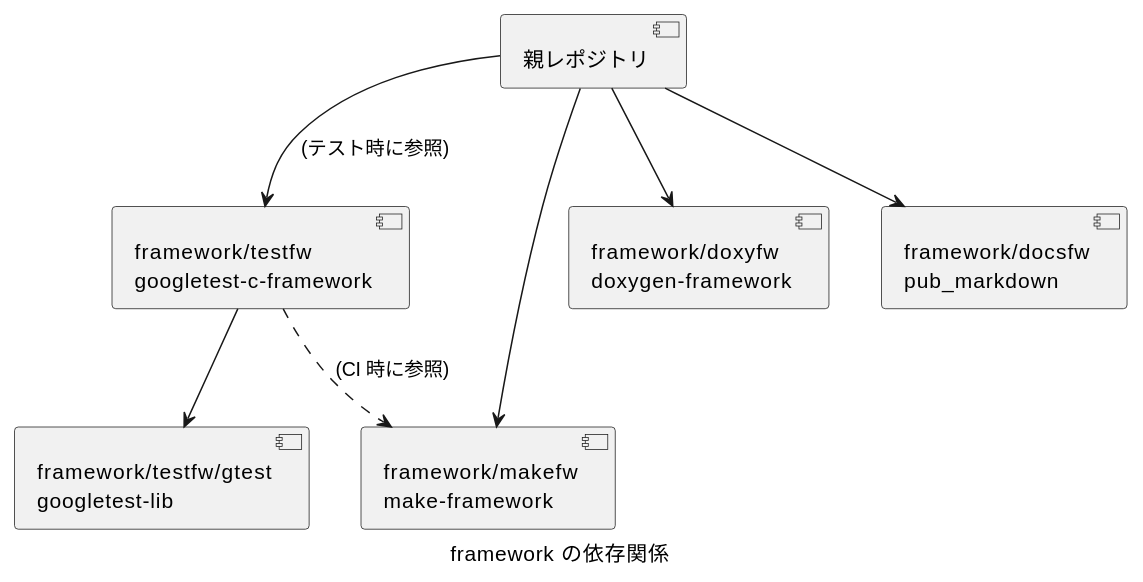
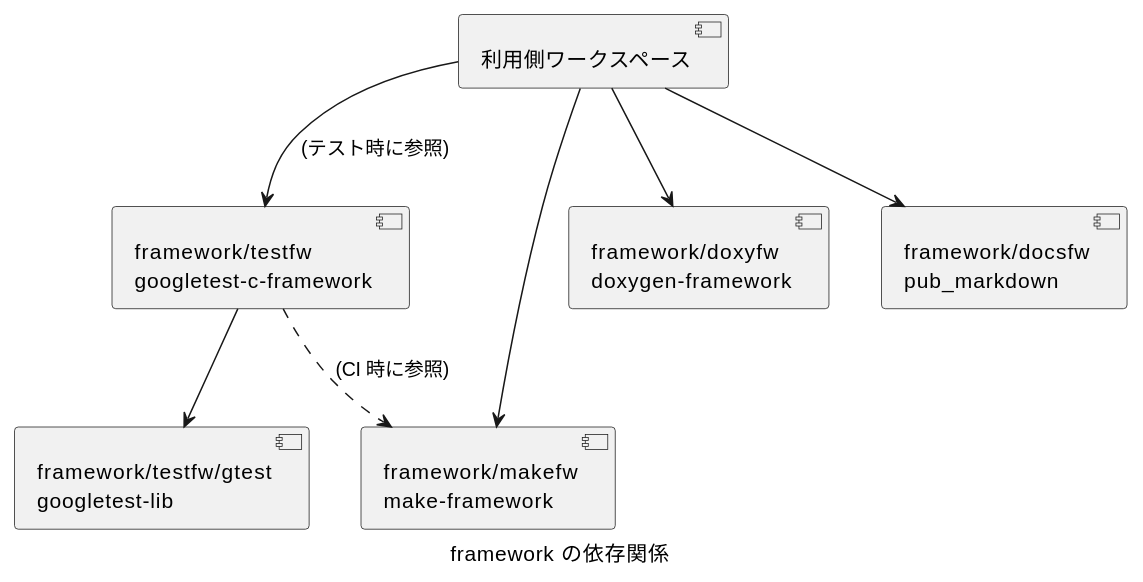
The diagram in README.md (Hondarer/doxygen-sample), drawn with PlantUML before and after one commit. The commit also changed other lines of this file and 106 other files, not shown here.

````diff
--- a/README.md
+++ b/README.md
@@ -50,19 +53,19 @@
 ```plantuml
 @startuml framework の依存関係
     caption framework の依存関係
     component "framework/testfw/gtest\ngoogletest-lib" as gtest
     component "framework/testfw\ngoogletest-c-framework" as testfw
     component "framework/makefw\nmake-framework" as makefw
     component "framework/doxyfw\ndoxygen-framework" as doxyfw
     component "framework/docsfw\npub_markdown" as docsfw
-    component "親レポジトリ" as this
+    component "利用側ワークスペース" as this
 
     testfw --> gtest
     testfw ..> makefw : (CI 時に参照)
     this --> doxyfw
     this --> docsfw
     this --> makefw
     this --> testfw : (テスト時に参照)
 
 @enduml
 ```
````
